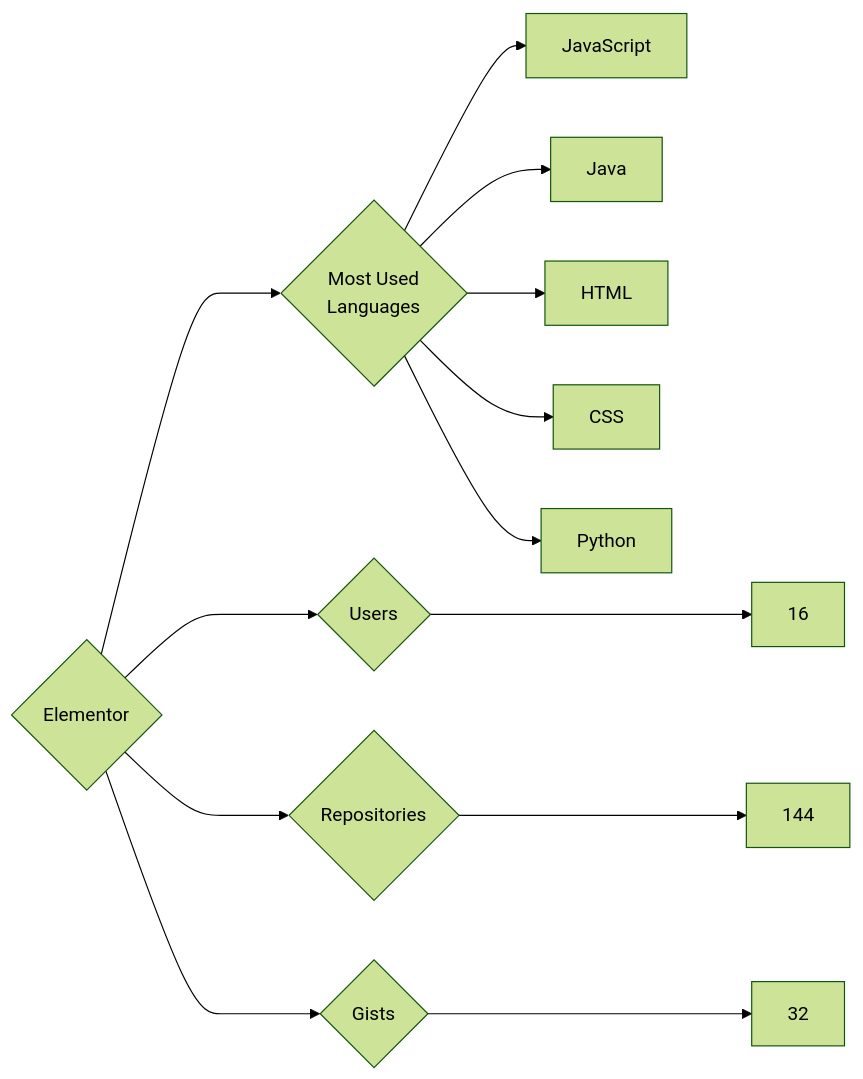
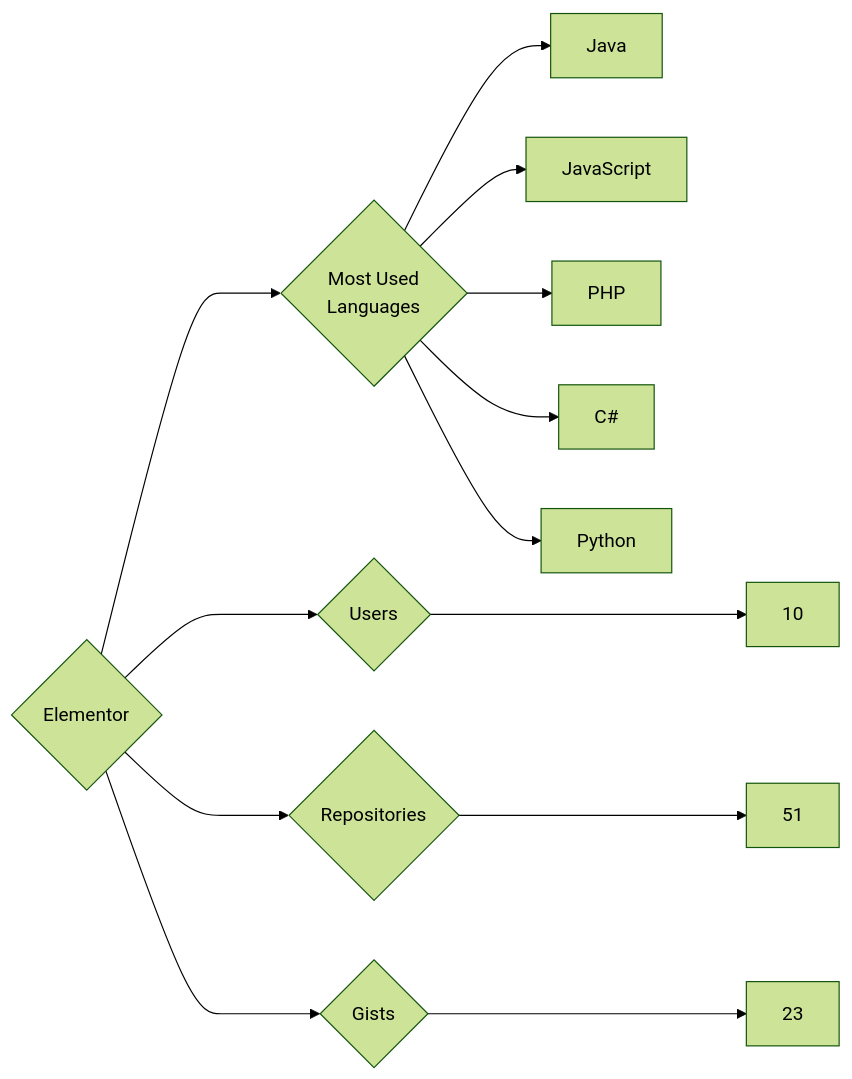
Before and after one commit to trickest/insiders: the diagram in targets/Elementor/README.md, drawn with Mermaid (forest theme). The commit also changed 924 other files, not shown here.

````diff
--- a/targets/Elementor/README.md
+++ b/targets/Elementor/README.md
@@ -3,13 +3,13 @@
 ```mermaid
 graph LR
 COMPANY_NAME{Elementor}
-COMPANY_NAME ---> U{Users} ---> UN[16]
-COMPANY_NAME ---> R{Repositories} ---> RN[144]
-COMPANY_NAME ---> G{Gists} ---> GN[32]
+COMPANY_NAME ---> U{Users} ---> UN[10]
+COMPANY_NAME ---> R{Repositories} ---> RN[51]
+COMPANY_NAME ---> G{Gists} ---> GN[23]
 COMPANY_NAME ---> ML{Most Used<br>Languages}
+ML --> Java[Java]
 ML --> JavaScript[JavaScript]
-ML --> Java[Java]
-ML --> HTML[HTML]
-ML --> CSS[CSS]
+ML --> PHP[PHP]
+ML --> C#[C#]
 ML --> Python[Python]
 ```
````
